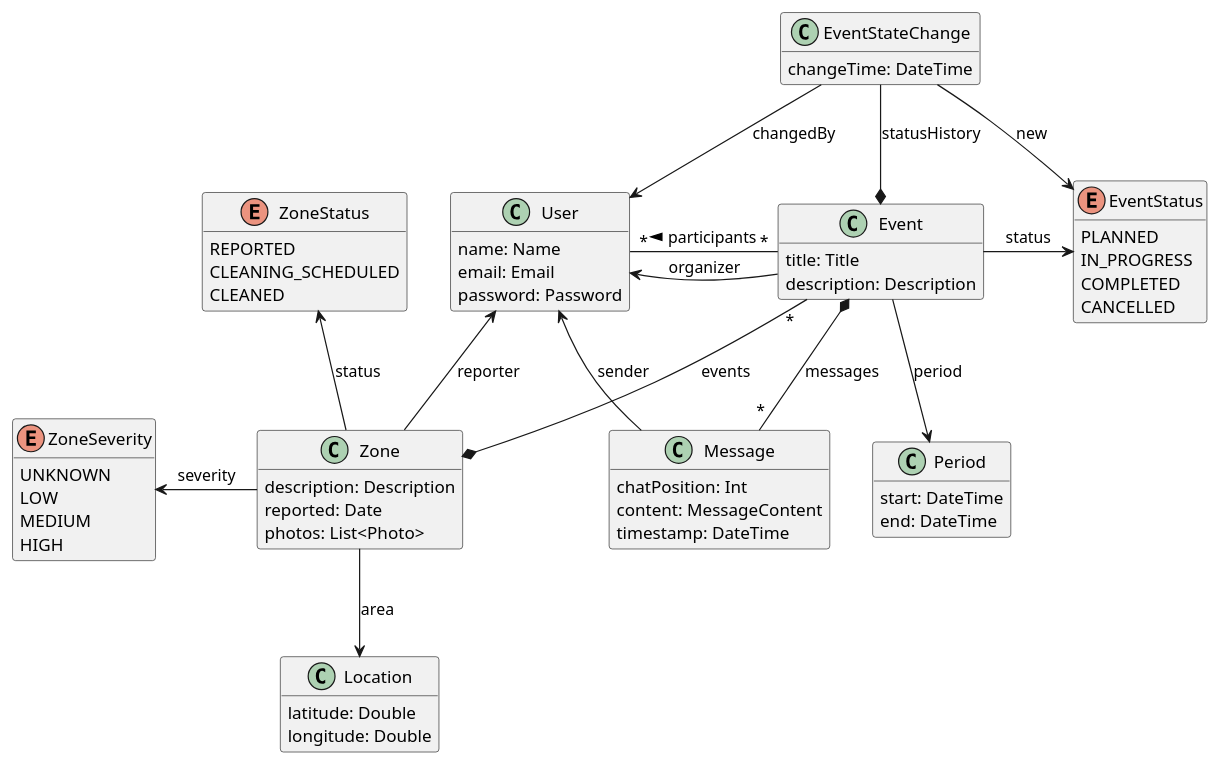
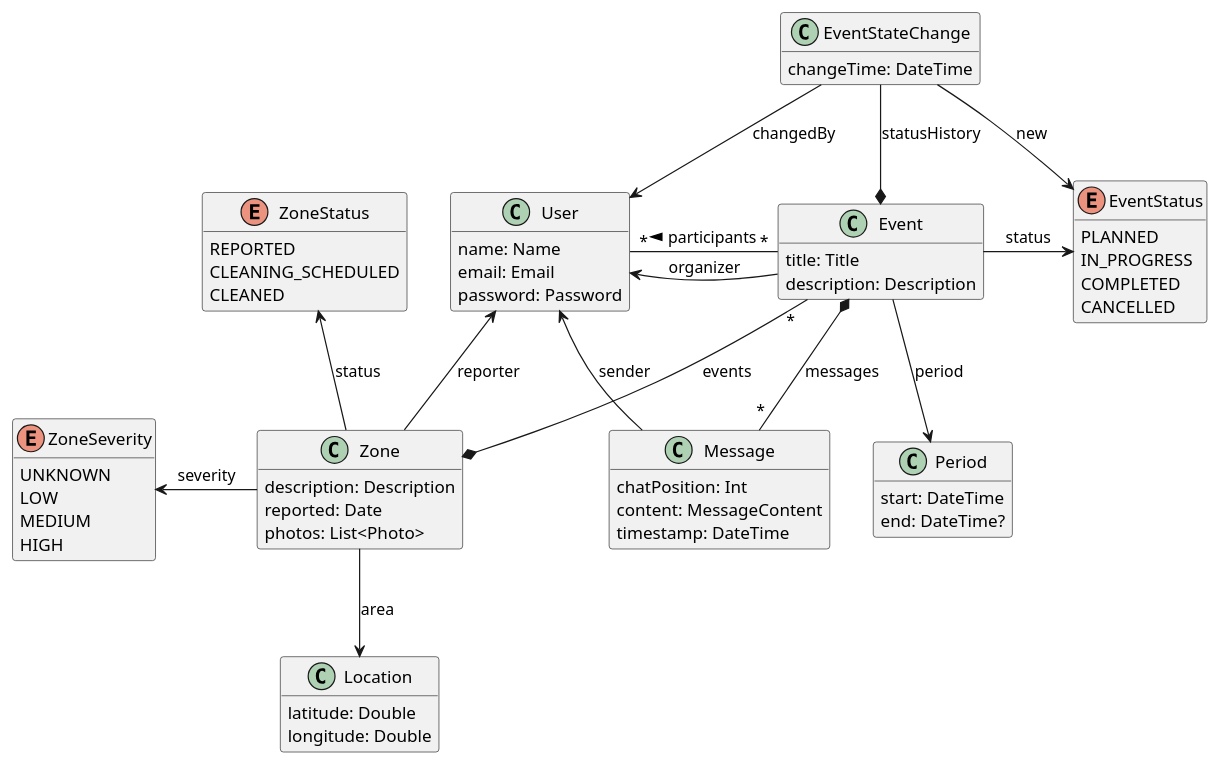
One commit to ps-kmp/keep-my-planet changed the diagram in docs/ClassDiagram.puml. Above: the diagram before and after it, drawn with PlantUML. The commit also changed 12 other files, not shown here.

```diff
--- a/docs/ClassDiagram.puml
+++ b/docs/ClassDiagram.puml
@@ -1,82 +1,82 @@
 @startuml
 
 enum EventStatus {
   PLANNED
   IN_PROGRESS
   COMPLETED
   CANCELLED
 }
 
 enum ZoneStatus {
   REPORTED
   CLEANING_SCHEDULED
   CLEANED
 }
 
 enum ZoneSeverity {
     UNKNOWN
     LOW
     MEDIUM
     HIGH
 }
 
 class User {
   name: Name
   email: Email
   password: Password
 }
 
 class Zone {
   description: Description
   'area: Location
   reported: Date
   photos: List<Photo>
 }
 
 class Event {
   title: Title
   description: Description
   'period: Period
 }
 
 class Message {
   chatPosition: Int
   content: MessageContent
   timestamp: DateTime
 }
 
 class EventStateChange {
   changeTime: DateTime
 }
 
 class Location {
   latitude: Double
   longitude: Double
 }
 
 class Period {
   start: DateTime
-  end: DateTime
+  end: DateTime?
 }
 
 User <- Event : organizer
 User <- Zone : reporter
 User <- Message : sender
 User "*" -- "*" Event : participants <
 
 Event "*" --* Zone : events
 Event *-- "*" Message : messages
 Event -> EventStatus : status
 
 EventStateChange --* Event : statusHistory
 EventStateChange --> EventStatus : new
 EventStateChange --> User : changedBy
 
 Zone -up-> ZoneStatus : status
 Zone -left-> ZoneSeverity : severity
 Zone -right[hidden]-> Message : "                         "
 Event --> Period : period
 Zone --> Location : area
 hide empty members
 
 @enduml
```
